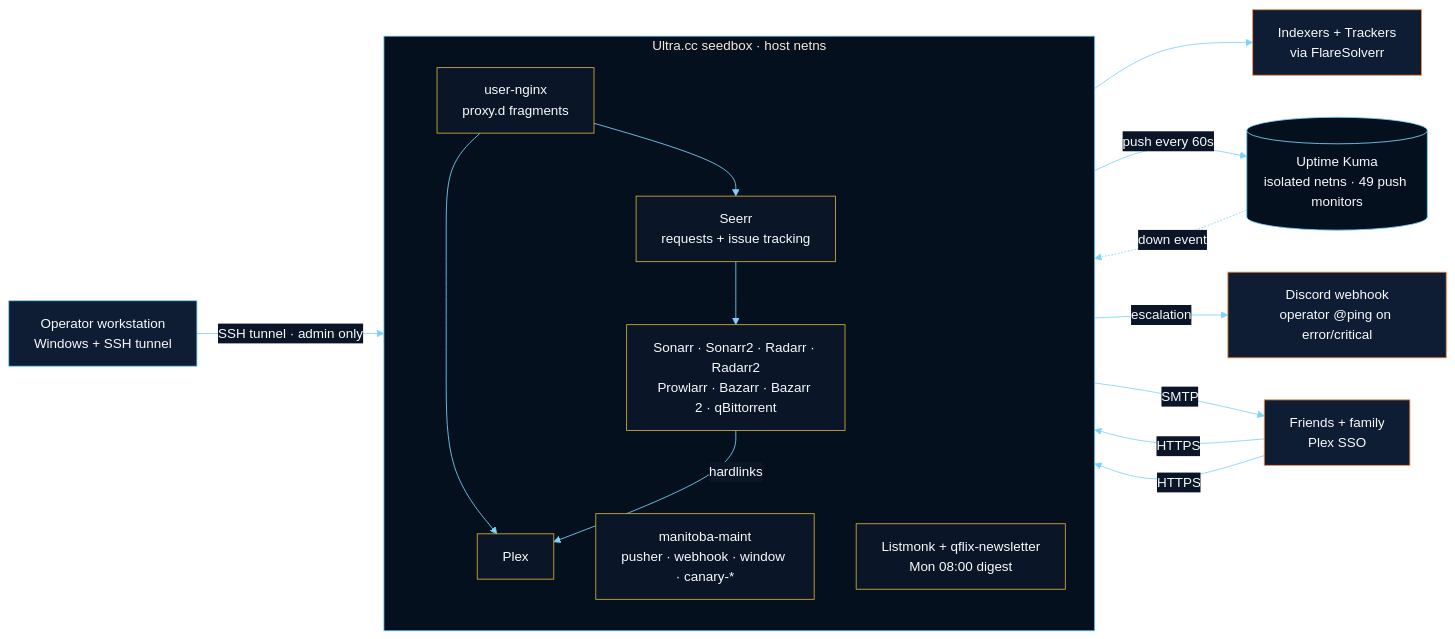
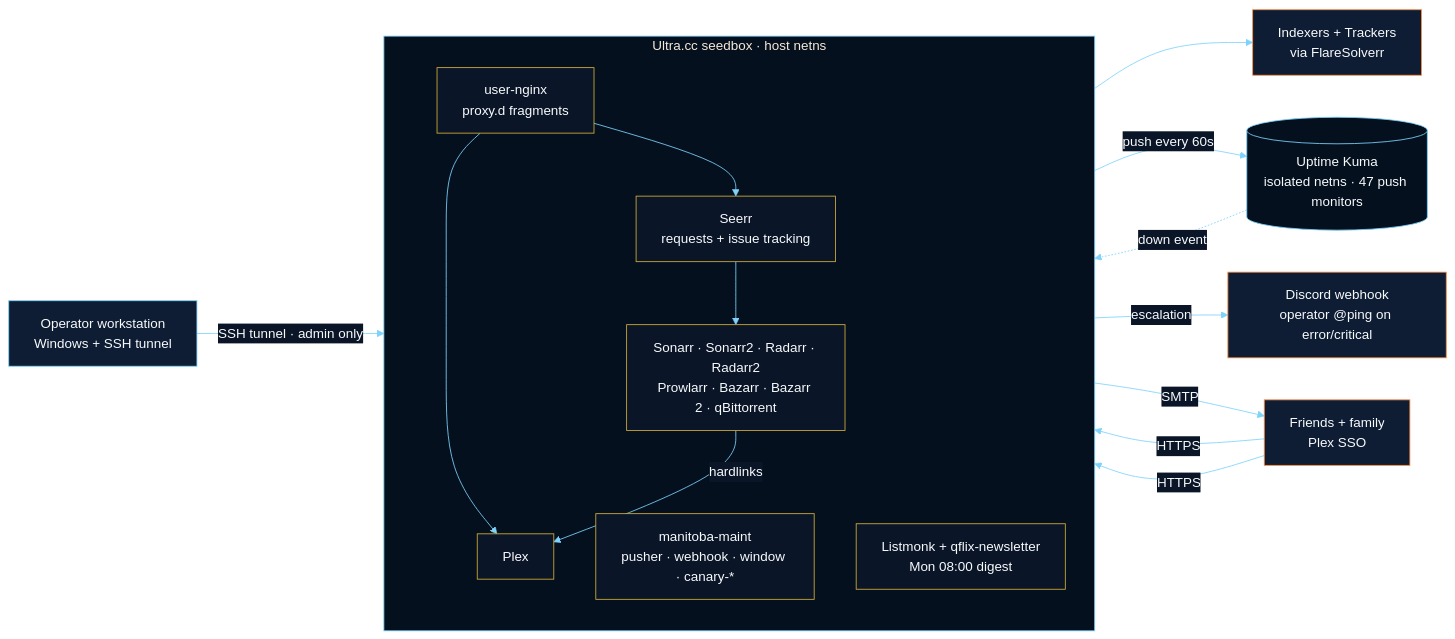
The first of 6 diagrams in README.md (Quadstronaut/QFlix), drawn with Mermaid before and after one commit. The commit also changed 4 other files, not shown here.

````diff
--- a/README.md
+++ b/README.md
@@ -76,35 +76,35 @@
 ```mermaid
 %%{init: {'theme':'base','themeVariables':{'primaryColor':'#0e1d33','primaryTextColor':'#f8fafc','primaryBorderColor':'#ff8c42','lineColor':'#7dd3fc','secondaryColor':'#05101f','tertiaryColor':'#0a1628','clusterBkg':'#05101f','clusterBorder':'#7dd3fc','edgeLabelBackground':'#0a1628','fontFamily':'Segoe UI, Roboto, sans-serif'}}}%%
 flowchart LR
   classDef ext fill:#0e1d33,stroke:#ff8c42,color:#f8fafc
   classDef user fill:#0e1d33,stroke:#7dd3fc,color:#f8fafc
   classDef seedbox fill:#0a1628,stroke:#d4af37,color:#f8fafc
   classDef kuma fill:#05101f,stroke:#7dd3fc,color:#f8fafc
 
   user[Operator workstation<br/>Windows + SSH tunnel]:::user
   friends[Friends + family<br/>Plex SSO]:::ext
   ext[Indexers + Trackers<br/>via FlareSolverr]:::ext
 
   subgraph SB[Ultra.cc seedbox · host netns]
     direction TB
     nginx[user-nginx<br/>proxy.d fragments]:::seedbox
     plex[Plex]:::seedbox
     arr[Sonarr · Sonarr2 · Radarr · Radarr2<br/>Prowlarr · Bazarr · Bazarr 2 · qBittorrent]:::seedbox
     requests[Seerr<br/>requests + issue tracking]:::seedbox
     maint[manitoba-maint<br/>pusher · webhook · window · canary-*]:::seedbox
     comms[Listmonk + qflix-newsletter<br/>Mon 08:00 digest]:::seedbox
   end
 
-  kuma[(Uptime Kuma<br/>isolated netns · 49 push monitors)]:::kuma
+  kuma[(Uptime Kuma<br/>isolated netns · 47 push monitors)]:::kuma
   discord[Discord webhook<br/>operator @ping on error/critical]:::ext
 
   friends -->|HTTPS| nginx --> plex
   friends -->|HTTPS| nginx --> requests
   requests --> arr --> ext
   arr -->|hardlinks| plex
   user -->|SSH tunnel · admin only| arr
   maint -->|push every 60s| kuma
   kuma -.->|down event| maint
   maint -->|escalation| discord
   comms -->|SMTP| friends
 ```
````
